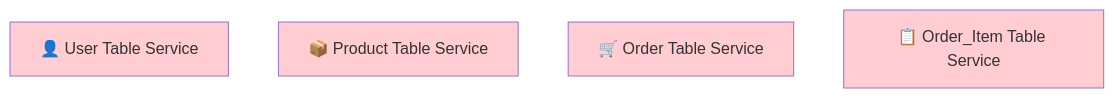
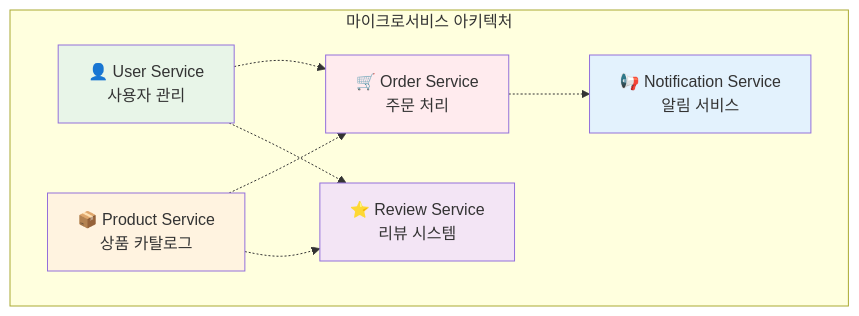
The fifth of 5 diagrams in theory/week_04/day1/session_2.md (niceguy61/kdt_devops_lecture_2025), drawn with Mermaid before and after one commit. The commit also changed other lines of this file and 5 other files, not shown here.

````diff
--- a/theory/week_04/day1/session_2.md
+++ b/theory/week_04/day1/session_2.md
@@ -532,12 +231,22 @@
 ```mermaid
 graph TB
-    A[👤 User Table Service]
-    B[📦 Product Table Service]
-    C[🛒 Order Table Service]
-    D[📋 Order_Item Table Service]
+    subgraph "마이크로서비스 아키텍처"
+        US[👤 User Service<br/>사용자 관리]
+        PS[📦 Product Service<br/>상품 카탈로그]
+        OS[🛒 Order Service<br/>주문 처리]
+        RS[⭐ Review Service<br/>리뷰 시스템]
+        NS[📢 Notification Service<br/>알림 서비스]
+    end
     
-    style A fill:#ffcdd2
-    style B fill:#ffcdd2
-    style C fill:#ffcdd2
-    style D fill:#ffcdd2
+    US -.-> OS
+    PS -.-> OS
+    OS -.-> NS
+    PS -.-> RS
+    US -.-> RS
+    
+    style US fill:#e8f5e8
+    style PS fill:#fff3e0
+    style OS fill:#ffebee
+    style RS fill:#f3e5f5
+    style NS fill:#e3f2fd
 ```
````
